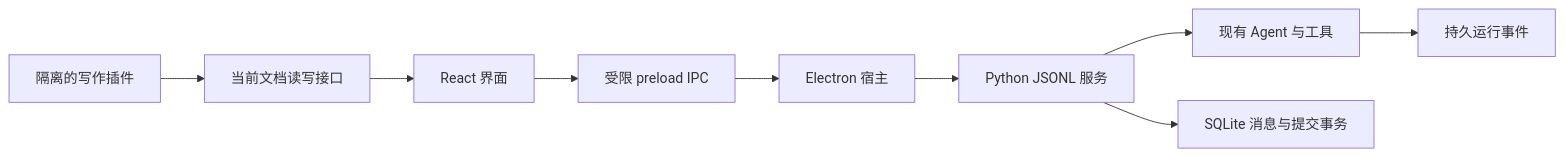
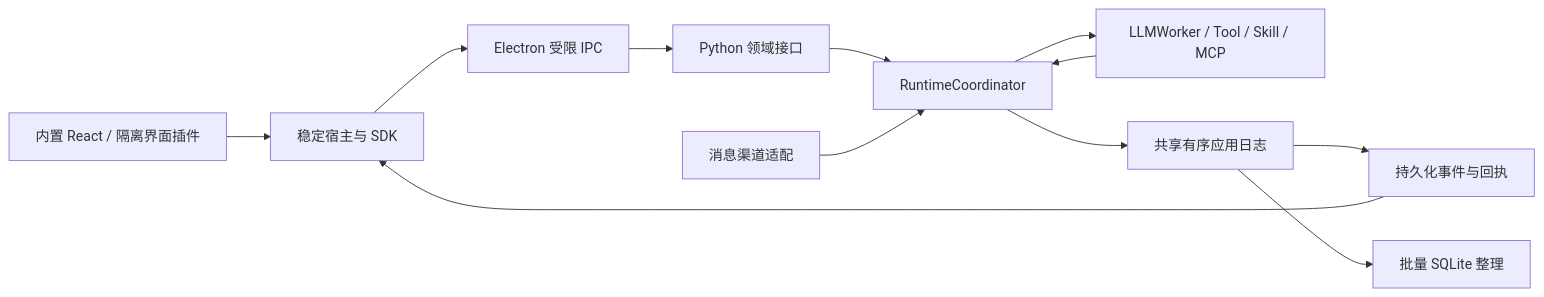
Before and after one commit to chuancyzhang/deepseek-cowork: the third of 3 diagrams in docs/technical-design.md, drawn with Mermaid. The commit also changed other lines of this file and 107 other files, not shown here.

````diff
--- a/docs/technical-design.md
+++ b/docs/technical-design.md
@@ -101,11 +106,14 @@
 ```mermaid
 flowchart LR
-    React[React 界面] --> IPC[受限 preload IPC]
-    IPC --> Host[Electron 宿主]
-    Host --> RPC[Python JSONL 服务]
-    RPC --> Agent[现有 Agent 与工具]
-    RPC --> DB[SQLite 消息与提交事务]
-    Agent --> Journal[持久运行事件]
-    Plugin[隔离的写作插件] --> Document[当前文档读写接口]
-    Document --> React
+    UI[内置 React / 隔离界面插件] --> SDK[稳定宿主与 SDK]
+    SDK --> IPC[Electron 受限 IPC]
+    IPC --> RPC[Python 领域接口]
+    RPC --> Core[RuntimeCoordinator]
+    Channel[消息渠道适配] --> Core
+    Core --> Worker[LLMWorker / Tool / Skill / MCP]
+    Worker --> Core
+    Core --> Log[共享有序应用日志]
+    Log --> Event[持久化事件与回执]
+    Log --> DB[批量 SQLite 整理]
+    Event --> SDK
 ```
````
